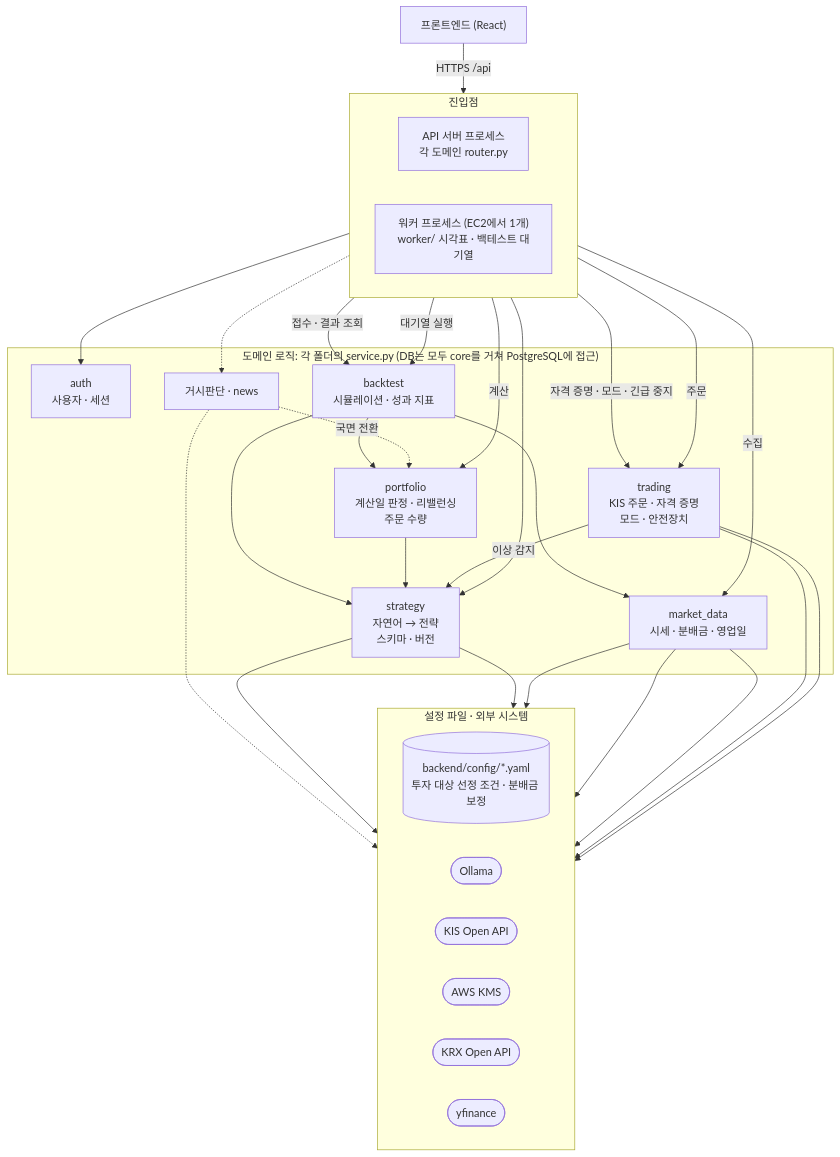
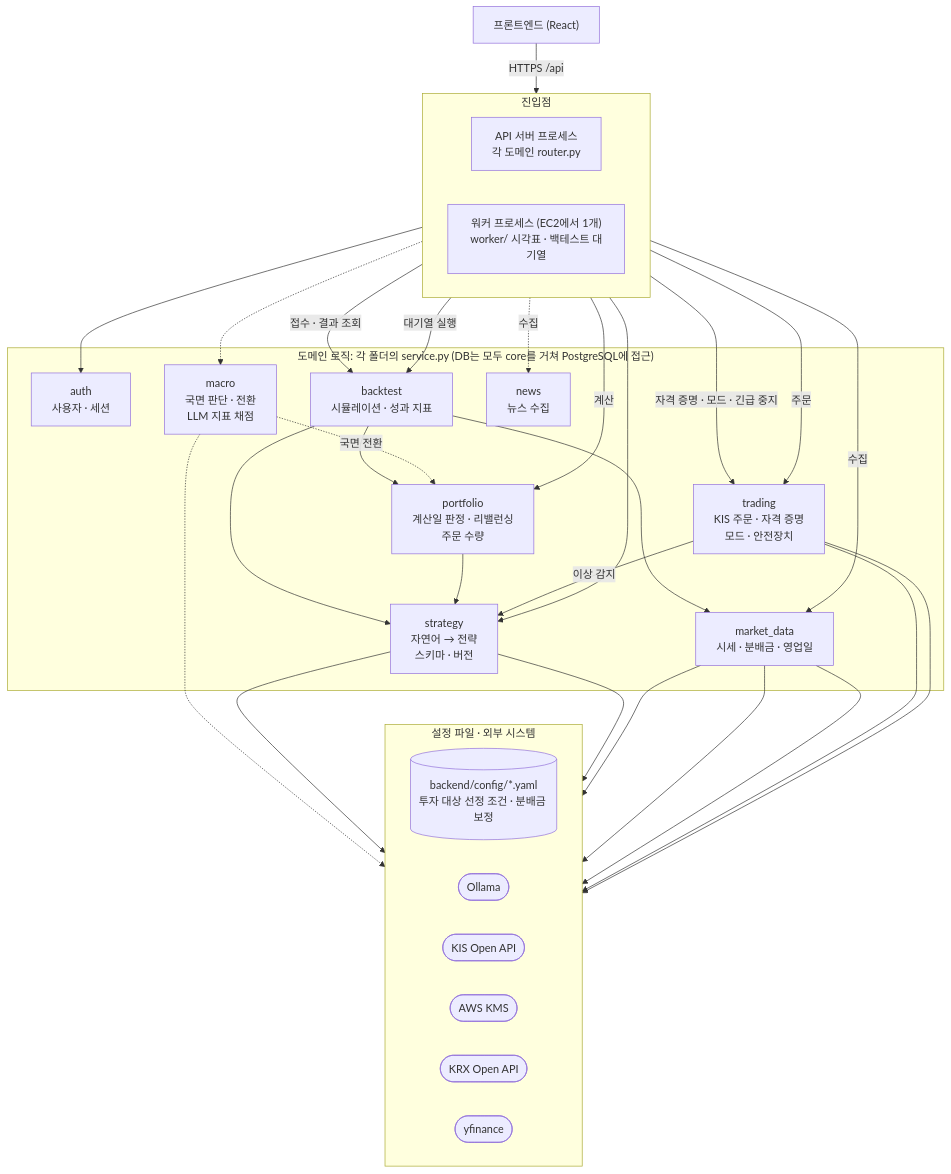
Before and after one commit to tukorea-capston-project/etf-rebalancing: the first of 3 diagrams in docs/architecture.md, drawn with Mermaid. The commit also changed 3 other files, not shown here.

````diff
--- a/docs/architecture.md
+++ b/docs/architecture.md
@@ -85,57 +85,59 @@
 ```mermaid
 flowchart TB
     FE["프론트엔드 (React)"] -->|"HTTPS /api"| routers
 
     subgraph ENTRY["진입점"]
         direction LR
         routers["API 서버 프로세스<br/>각 도메인 router.py"]
         worker["워커 프로세스 (EC2에서 1개)<br/>worker/ 시각표 · 백테스트 대기열"]
     end
 
     subgraph DOM["도메인 로직: 각 폴더의 service.py (DB는 모두 core를 거쳐 PostgreSQL에 접근)"]
         auth["auth<br/>사용자 · 세션"]
         backtest["backtest<br/>시뮬레이션 · 성과 지표"]
         trading["trading<br/>KIS 주문 · 자격 증명<br/>모드 · 안전장치"]
         market["market_data<br/>시세 · 분배금 · 영업일"]
-        macro["거시판단 · news"]
+        macro["macro<br/>국면 판단 · 전환<br/>LLM 지표 채점"]
+        news["news<br/>뉴스 수집"]
         portfolio["portfolio<br/>계산일 판정 · 리밸런싱<br/>주문 수량"]
         strategy["strategy<br/>자연어 → 전략<br/>스키마 · 버전"]
     end
 
     subgraph EXT["설정 파일 · 외부 시스템"]
         direction LR
         cfg[("backend/config/*.yaml<br/>투자 대상 선정 조건 · 분배금 보정")]
         ollama(["Ollama"])
         kis(["KIS Open API"])
         kms(["AWS KMS"])
         krx(["KRX Open API"])
         yf(["yfinance"])
     end
 
     routers --> auth
     routers --> strategy
     routers -->|"접수 · 결과 조회"| backtest
     routers -->|"자격 증명 · 모드 · 긴급 중지"| trading
 
     worker -->|"수집"| market
     worker -->|"계산"| portfolio
     worker -->|"주문"| trading
     worker -->|"대기열 실행"| backtest
     worker -.-> macro
+    worker -.->|"수집"| news
 
     backtest --> portfolio
     backtest --> market
     backtest --> strategy
     portfolio --> strategy
     trading -->|"이상 감지"| strategy
     macro -.->|"국면 전환"| portfolio
     macro -.-> ollama
 
     strategy --> ollama
     strategy --> cfg
     market --> cfg
     market --> krx
     market --> yf
     trading --> kis
     trading --> kms
 ```
````
